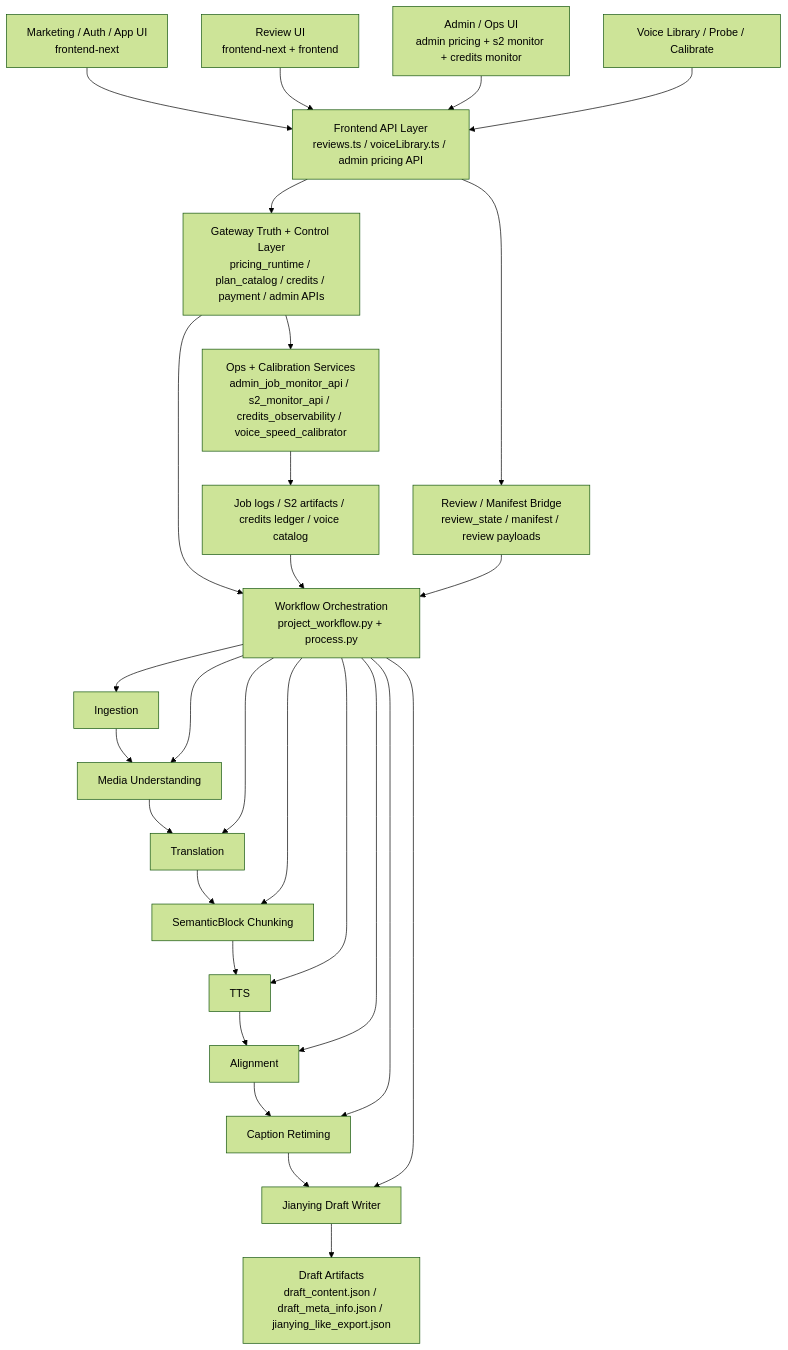
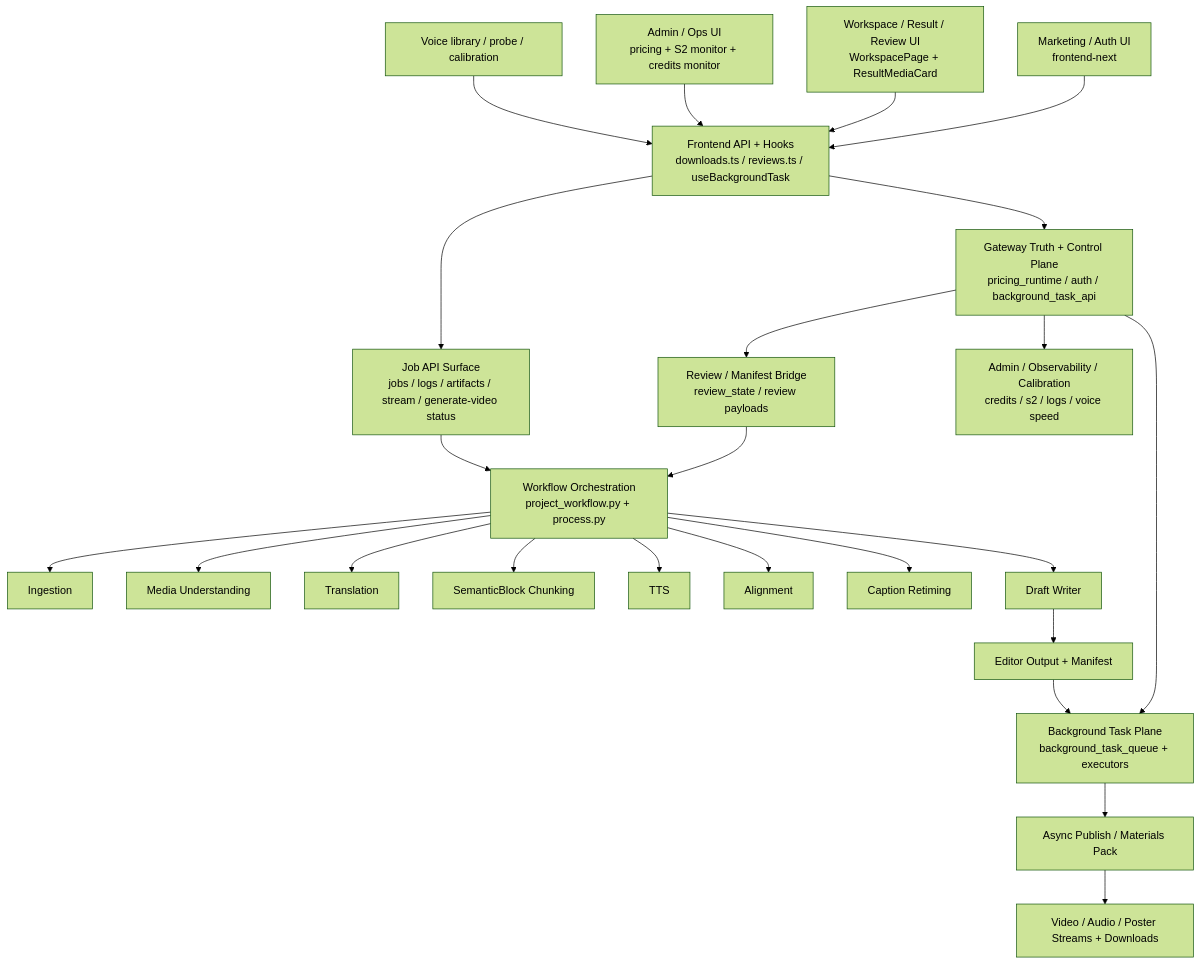
One commit to sun9bear/AITransVideo changed the diagram in docs/graphs/GITNEXUS_PROJECT_GRAPH.md. Above: the diagram before and after it, drawn with Mermaid (forest theme). The commit also changed other lines of this file and 8 other files, not shown here.

First line of the commit message:
docs: video-output baseline 方案同步 + Express/Studio 过滤 v3 方案

````diff
--- a/docs/graphs/GITNEXUS_PROJECT_GRAPH.md
+++ b/docs/graphs/GITNEXUS_PROJECT_GRAPH.md
@@ -64,35 +63,31 @@
 ```mermaid
 graph TD
-    Marketing["Marketing / Auth / App UI<br/>frontend-next"] --> Api
-    ReviewUI["Review UI<br/>frontend-next + frontend"] --> Api
-    AdminUI["Admin / Ops UI<br/>admin pricing + s2 monitor + credits monitor"] --> Api
-    VoiceUI["Voice Library / Probe / Calibrate"] --> Api
+    Marketing["Marketing / Auth UI<br/>frontend-next"] --> FrontApi
+    Workspace["Workspace / Result / Review UI<br/>WorkspacePage + ResultMediaCard"] --> FrontApi
+    Admin["Admin / Ops UI<br/>pricing + S2 monitor + credits monitor"] --> FrontApi
+    Voice["Voice library / probe / calibration"] --> FrontApi
 
-    Api["Frontend API Layer<br/>reviews.ts / voiceLibrary.ts / admin pricing API"] --> Gateway
-    Api --> WebBridge
+    FrontApi["Frontend API + Hooks<br/>downloads.ts / reviews.ts / useBackgroundTask"] --> Gateway
+    FrontApi --> JobApi
 
-    Gateway["Gateway Truth + Control Layer<br/>pricing_runtime / plan_catalog / credits / payment / admin APIs"] --> Workflow
-    Gateway --> Ops["Ops + Calibration Services<br/>admin_job_monitor_api / s2_monitor_api / credits_observability / voice_speed_calibrator"]
-    WebBridge["Review / Manifest Bridge<br/>review_state / manifest / review payloads"] --> Workflow
+    Gateway["Gateway Truth + Control Plane<br/>pricing_runtime / auth / background_task_api"] --> ReviewBridge
+    Gateway --> TaskPlane["Background Task Plane<br/>background_task_queue + executors"]
+    Gateway --> AdminPlane["Admin / Observability / Calibration<br/>credits / s2 / logs / voice speed"]
+
+    ReviewBridge["Review / Manifest Bridge<br/>review_state / review payloads"] --> Workflow
+    JobApi["Job API Surface<br/>jobs / logs / artifacts / stream / generate-video status"] --> Workflow
 
     Workflow["Workflow Orchestration<br/>project_workflow.py + process.py"] --> Ingestion
     Workflow --> Media["Media Understanding"]
     Workflow --> Translation
     Workflow --> Chunking["SemanticBlock Chunking"]
     Workflow --> TTS
     Workflow --> Alignment
     Workflow --> Retiming["Caption Retiming"]
-    Workflow --> Draft
+    Workflow --> Draft["Draft Writer"]
 
-    Ingestion["Ingestion"] --> Media
-    Media --> Translation
-    Translation --> Chunking
-    Chunking --> TTS
-    TTS --> Alignment
-    Alignment --> Retiming
-    Retiming --> Draft
-    Draft["Jianying Draft Writer"] --> Artifacts["Draft Artifacts<br/>draft_content.json / draft_meta_info.json / jianying_like_export.json"]
-
-    Ops --> Logs["Job logs / S2 artifacts / credits ledger / voice catalog"]
-    Logs --> Workflow
+    Draft --> Output["Editor Output + Manifest"]
+    Output --> TaskPlane
+    TaskPlane --> Publish["Async Publish / Materials Pack"]
+    Publish --> Streams["Video / Audio / Poster Streams + Downloads"]
 ```
````
